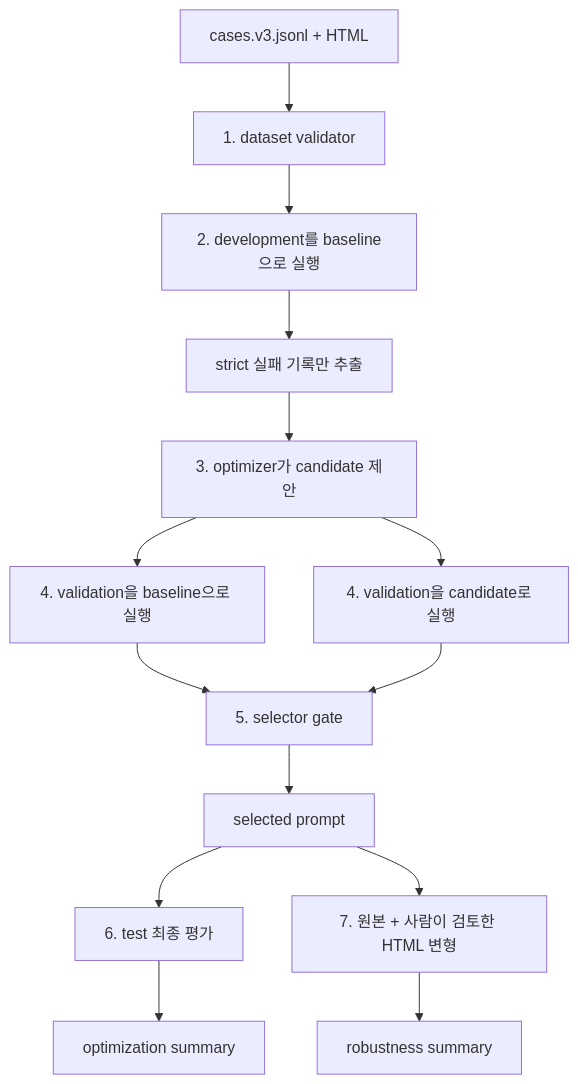
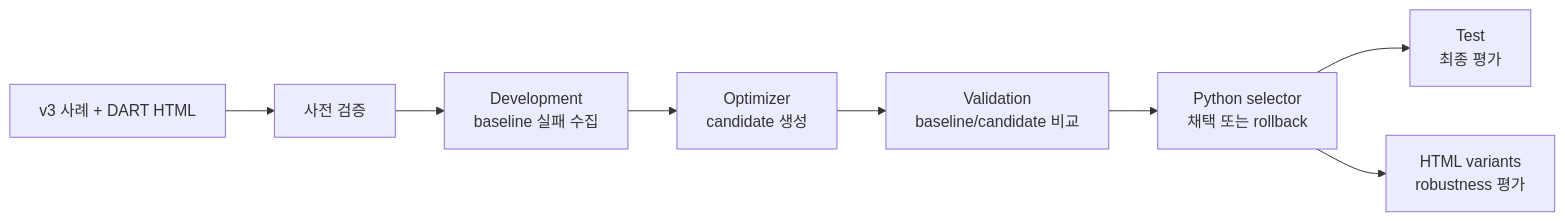
The diagram in README.md (mete0rfish/OSSAI-26), drawn with Mermaid before and after one commit. The commit also changed other lines of this file, not shown here.

````diff
--- a/README.md
+++ b/README.md
@@ -88,16 +27,10 @@
 ```mermaid
-flowchart TD
-    A["cases.v3.jsonl + HTML"] --> B["1. dataset validator"]
-    B --> C["2. development를 baseline으로 실행"]
-    C --> D["strict 실패 기록만 추출"]
-    D --> E["3. optimizer가 candidate 제안"]
-    E --> F["4. validation을 baseline으로 실행"]
-    E --> G["4. validation을 candidate로 실행"]
-    F --> H["5. selector gate"]
-    G --> H
-    H --> I["selected prompt"]
-    I --> J["6. test 최종 평가"]
-    I --> K["7. 원본 + 사람이 검토한 HTML 변형"]
-    J --> L["optimization summary"]
-    K --> M["robustness summary"]
+flowchart LR
+    A["v3 사례 + DART HTML"] --> B["사전 검증"]
+    B --> C["Development<br/>baseline 실패 수집"]
+    C --> D["Optimizer<br/>candidate 생성"]
+    D --> E["Validation<br/>baseline/candidate 비교"]
+    E --> F["Python selector<br/>채택 또는 rollback"]
+    F --> G["Test<br/>최종 평가"]
+    F --> H["HTML variants<br/>robustness 평가"]
 ```
````
